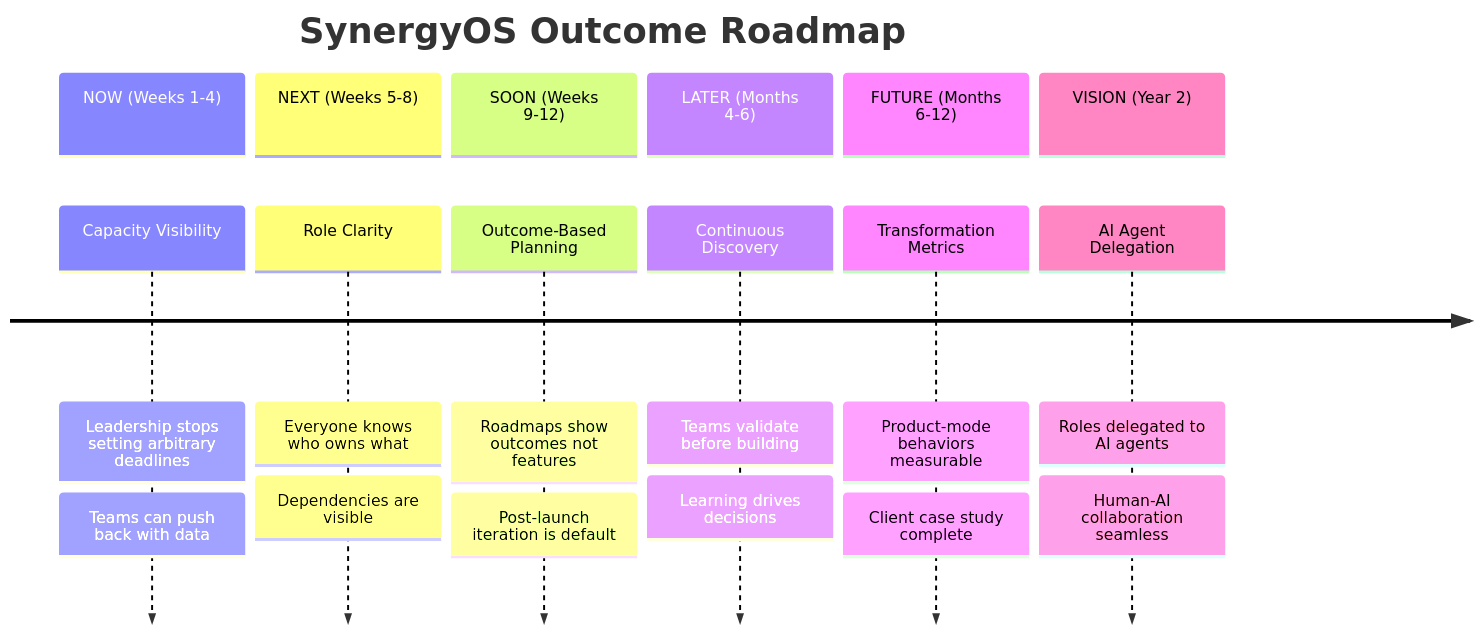
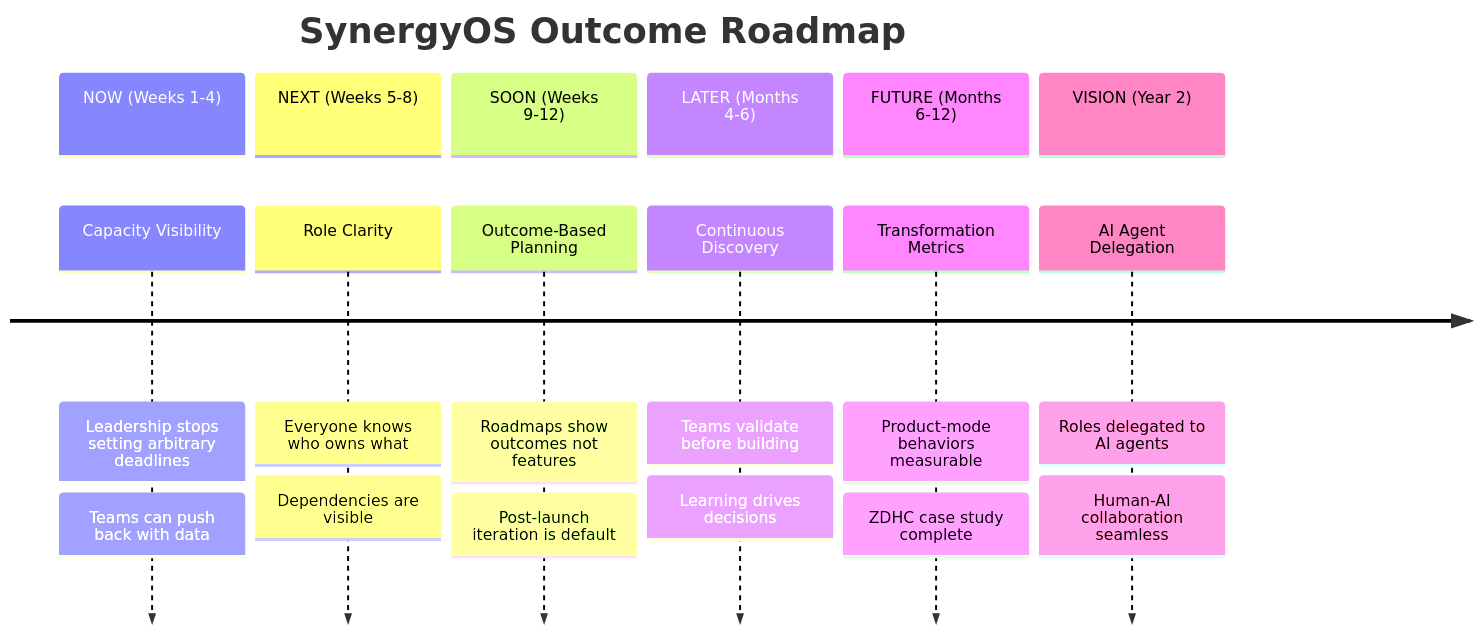
Before and after one commit to synergyai-os/Synergy-Open-Source: the second of 8 diagrams in dev-docs/draft_claude/03-outcome-based-roadmap.md, drawn with Mermaid. The commit also changed other lines of this file and 12 other files, not shown here.

````diff
--- a/dev-docs/draft_claude/03-outcome-based-roadmap.md
+++ b/dev-docs/draft_claude/03-outcome-based-roadmap.md
@@ -38,22 +38,22 @@
 ```mermaid
 timeline
     title SynergyOS Outcome Roadmap
     section NOW (Weeks 1-4)
         Capacity Visibility : Leadership stops setting arbitrary deadlines
                             : Teams can push back with data
     section NEXT (Weeks 5-8)
         Role Clarity : Everyone knows who owns what
                      : Dependencies are visible
     section SOON (Weeks 9-12)
         Outcome-Based Planning : Roadmaps show outcomes not features
                               : Post-launch iteration is default
     section LATER (Months 4-6)
         Continuous Discovery : Teams validate before building
                             : Learning drives decisions
     section FUTURE (Months 6-12)
         Transformation Metrics : Product-mode behaviors measurable
-                               : Client case study complete
+                               : ZDHC case study complete
     section VISION (Year 2)
         AI Agent Delegation : Roles delegated to AI agents
                            : Human-AI collaboration seamless
 ```
````
